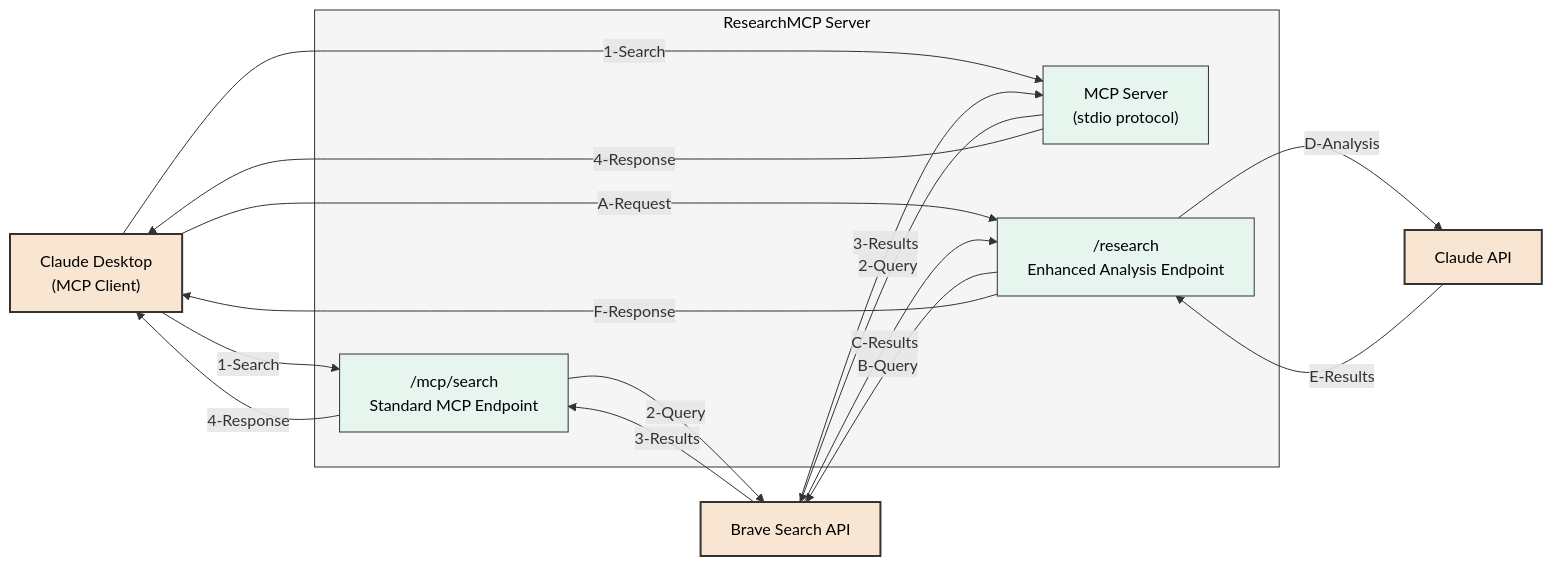
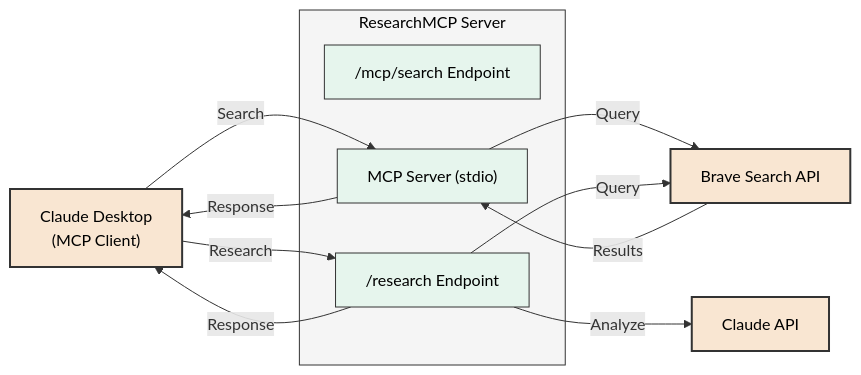
The diagram in README.md (riii111/ResearchMCP), drawn with Mermaid before and after one commit. The commit also changed other lines of this file, not shown here.

````diff
--- a/README.md
+++ b/README.md
@@ -175,43 +93,30 @@
 ```mermaid
 graph LR
-    %% External Systems
     Claude["Claude Desktop<br>(MCP Client)"]
     BraveAPI["Brave Search API"]
     ClaudeAPI["Claude API"]
     
-    %% Main Components
     subgraph ResearchMCP["ResearchMCP Server"]
-        MCPEndpoint["/mcp/search<br>Standard MCP Endpoint"]
-        MCPServer["MCP Server<br>(stdio protocol)"]
-        ResearchEndpoint["/research<br>Enhanced Analysis Endpoint"]
+        MCPEndpoint["/mcp/search Endpoint"]
+        MCPServer["MCP Server (stdio)"]
+        ResearchEndpoint["/research Endpoint"]
     end
     
-    %% External Connections - MCP Flow (HTTP)
-    Claude -->|1-Search| MCPEndpoint
-    MCPEndpoint -->|2-Query| BraveAPI
-    BraveAPI -->|3-Results| MCPEndpoint
-    MCPEndpoint -->|4-Response| Claude
+    Claude -->|Search| MCPServer
+    MCPServer -->|Query| BraveAPI
+    BraveAPI -->|Results| MCPServer
+    MCPServer -->|Response| Claude
     
-    %% External Connections - MCP Flow (stdio)
-    Claude -->|1-Search| MCPServer
-    MCPServer -->|2-Query| BraveAPI
-    BraveAPI -->|3-Results| MCPServer
-    MCPServer -->|4-Response| Claude
+    Claude -->|Research| ResearchEndpoint
+    ResearchEndpoint -->|Query| BraveAPI
+    ResearchEndpoint -->|Analyze| ClaudeAPI
+    ResearchEndpoint -->|Response| Claude
     
-    %% External Connections - Research Flow
-    Claude -->|A-Request| ResearchEndpoint
-    ResearchEndpoint -->|B-Query| BraveAPI
-    BraveAPI -->|C-Results| ResearchEndpoint
-    ResearchEndpoint -->|D-Analysis| ClaudeAPI
-    ClaudeAPI -->|E-Results| ResearchEndpoint
-    ResearchEndpoint -->|F-Response| Claude
-    
-    %% Styling
     classDef external fill:#f9e6d2,stroke:#333,stroke-width:2px,color:#000
     classDef component fill:#e6f5ed,stroke:#333,color:#000
     classDef container fill:#f5f5f5,stroke:#333,color:#000
     
     class Claude,BraveAPI,ClaudeAPI external
     class MCPEndpoint,MCPServer,ResearchEndpoint component
     class ResearchMCP container
 ```
````
